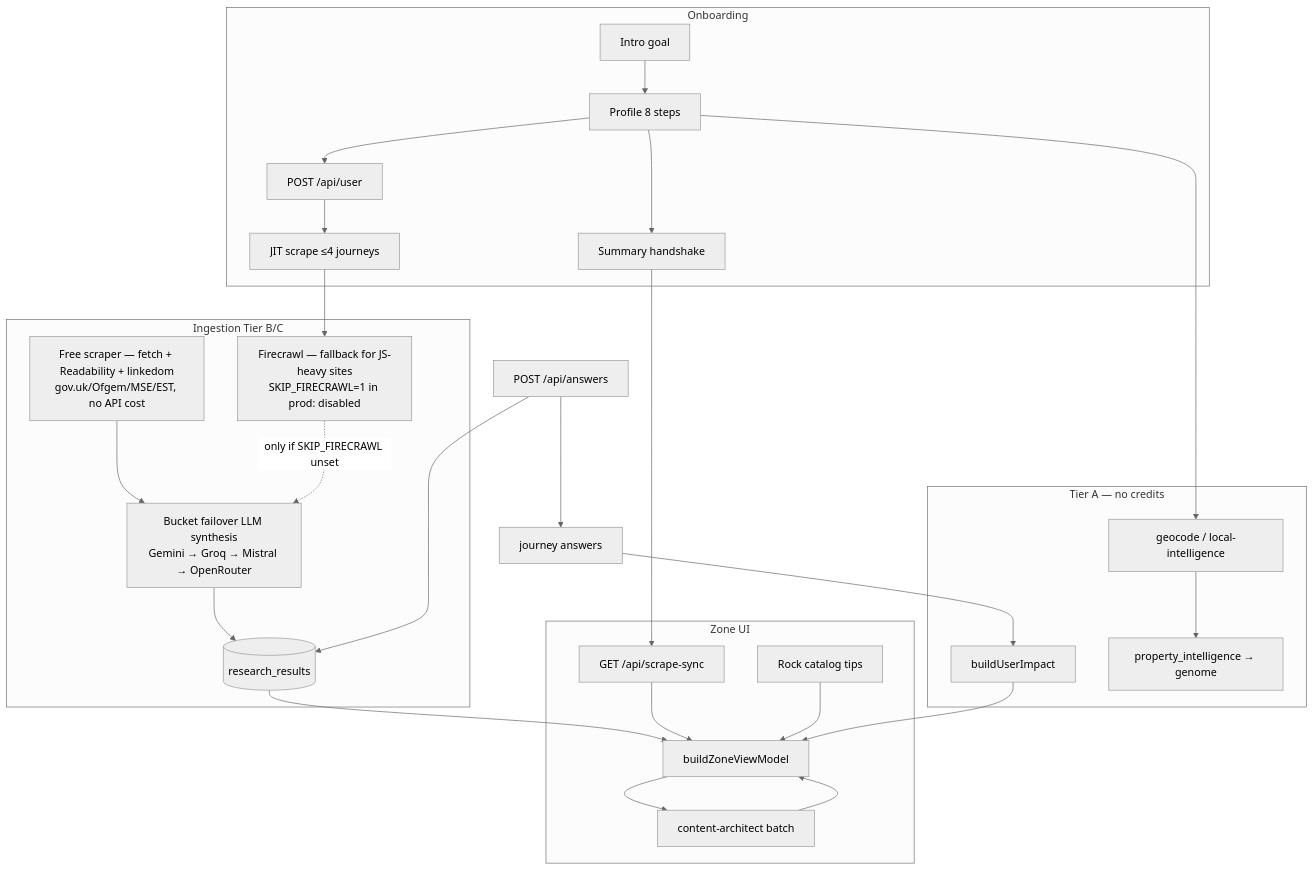
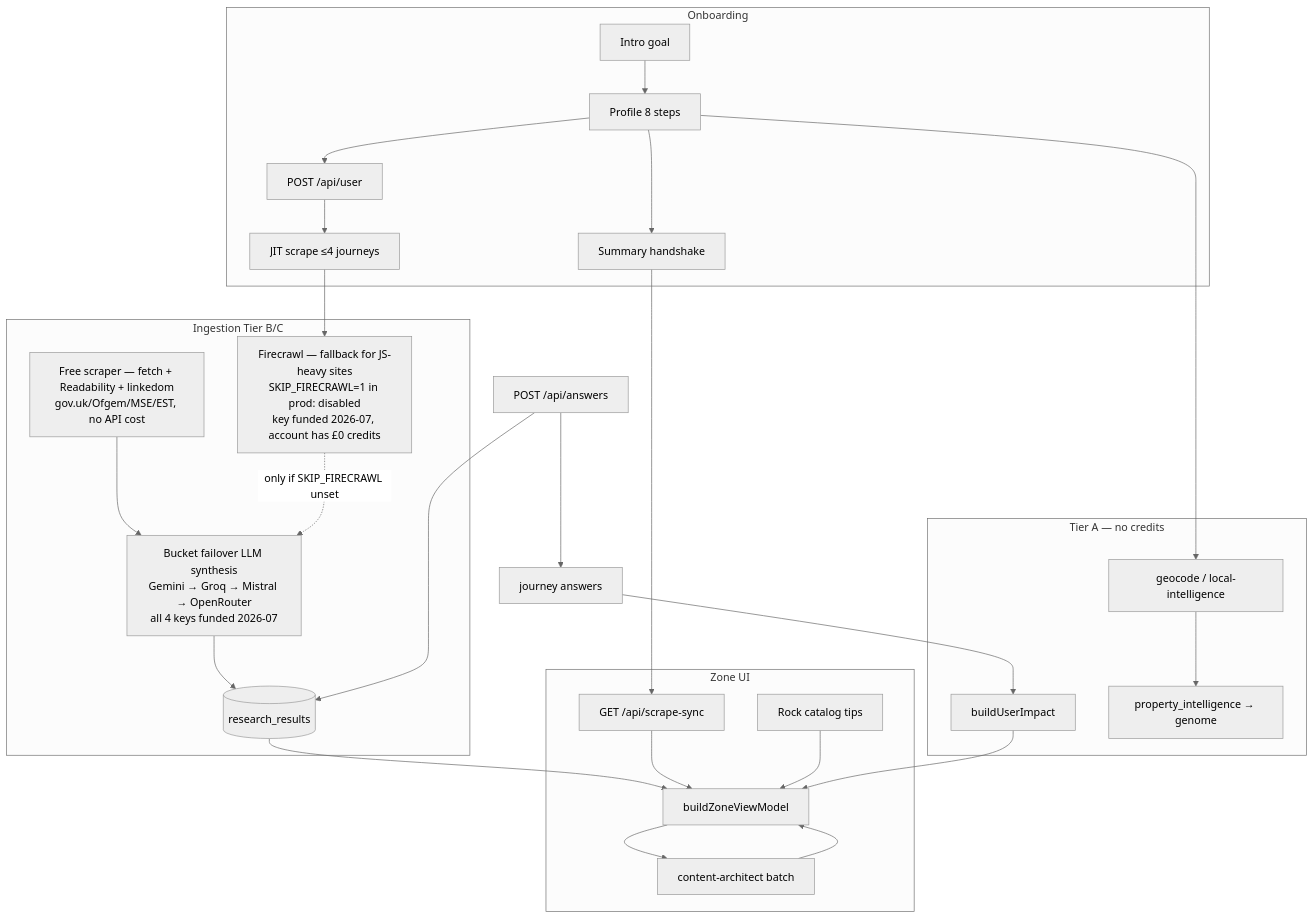
Before and after one commit to 00app/00-ULM: the diagram in docs/GUARDRAILS-AND-PIPELINE.md, drawn with Mermaid (neutral theme). The commit also changed other lines of this file and 2 other files, not shown here.

````diff
--- a/docs/GUARDRAILS-AND-PIPELINE.md
+++ b/docs/GUARDRAILS-AND-PIPELINE.md
@@ -72,39 +74,39 @@
 ```mermaid
 flowchart TB
   subgraph onboard [Onboarding]
     INTRO[Intro goal] --> PROF[Profile 8 steps]
     PROF --> USER[POST /api/user]
     USER --> JIT[JIT scrape ≤4 journeys]
     PROF --> SUM[Summary handshake]
   end
   subgraph ingest [Ingestion Tier B/C]
     SCR[Free scraper — fetch + Readability + linkedom<br/>gov.uk/Ofgem/MSE/EST, no API cost]
-    FC[Firecrawl — fallback for JS-heavy sites<br/>SKIP_FIRECRAWL=1 in prod: disabled]
-    BF[Bucket failover LLM synthesis<br/>Gemini → Groq → Mistral → OpenRouter]
+    FC[Firecrawl — fallback for JS-heavy sites<br/>SKIP_FIRECRAWL=1 in prod: disabled<br/>key funded 2026-07, account has £0 credits]
+    BF[Bucket failover LLM synthesis<br/>Gemini → Groq → Mistral → OpenRouter<br/>all 4 keys funded 2026-07]
     SCR --> BF
     FC -.->|only if SKIP_FIRECRAWL unset| BF
     BF --> NEON[(research_results)]
   end
   subgraph free [Tier A — no credits]
     GEO[geocode / local-intelligence]
     PI[property_intelligence → genome]
     IMP[buildUserImpact]
   end
   subgraph ui [Zone UI]
     SYNC[GET /api/scrape-sync]
     VM[buildZoneViewModel]
     ARCH[content-architect batch]
     ROCK[Rock catalog tips]
   end
   JIT --> FC
   SUM --> SYNC
   PROF --> GEO --> PI
   SYNC --> VM
   NEON --> VM
   IMP --> VM
   JA[journey answers] --> IMP
   VM --> ARCH --> VM
   ROCK --> VM
   ANS[POST /api/answers] --> JA
   ANS --> NEON
 ```
````
